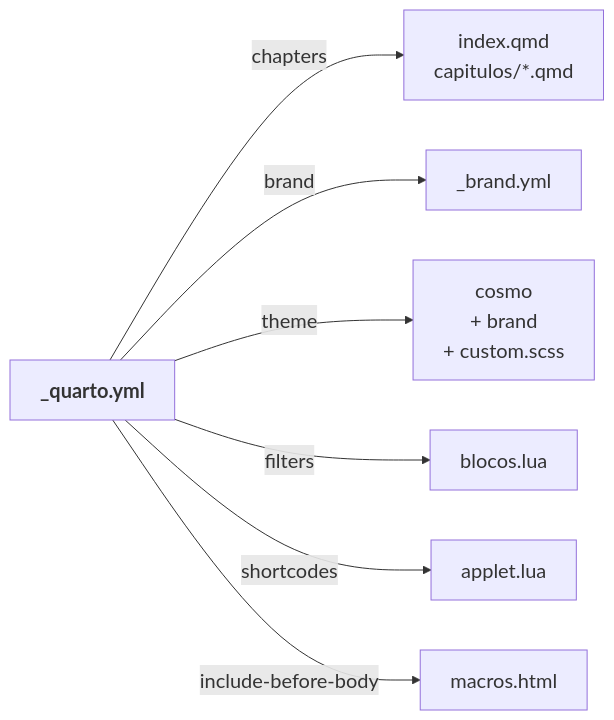
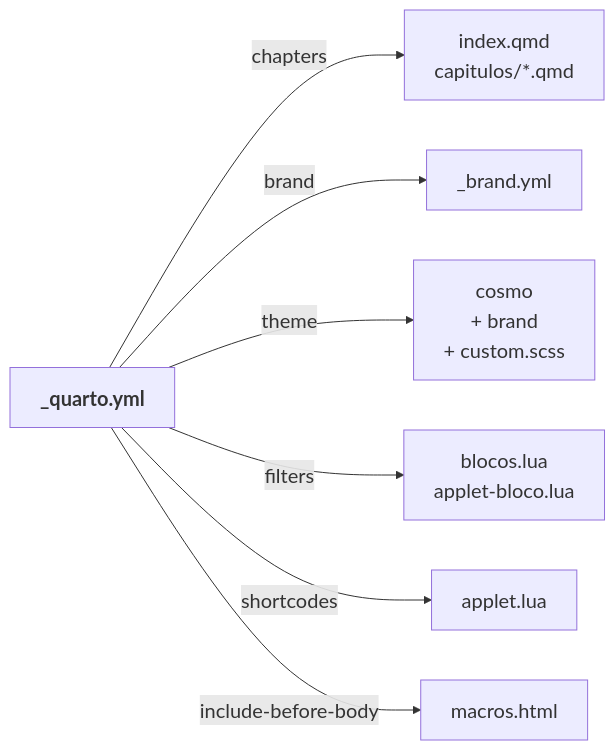
One commit to lcmerlo/livro-online-fcg changed the second of 9 diagrams in _interno/diretrizes/arquitetura.md. Above: the diagram before and after it, drawn with Mermaid. The commit also changed other lines of this file and 17 other files, not shown here.

````diff
--- a/_interno/diretrizes/arquitetura.md
+++ b/_interno/diretrizes/arquitetura.md
@@ -227,11 +235,11 @@
 ```mermaid
 %%{init: {"themeVariables": {"fontSize": "20px"}, "flowchart": {"wrappingWidth": 420}}}%%
 flowchart LR
     quarto["<b>_quarto.yml</b>"]
     quarto -->|"chapters"| caps["index.qmd<br/>capitulos/*.qmd"]
     quarto -->|"brand"| brand["_brand.yml"]
     quarto -->|"theme"| tema["cosmo<br/>+ brand<br/>+ custom.scss"]
-    quarto -->|"filters"| blocos["blocos.lua"]
+    quarto -->|"filters"| blocos["blocos.lua<br/>applet-bloco.lua"]
     quarto -->|"shortcodes"| appletlua["applet.lua"]
     quarto -->|"include-before-body"| macros["macros.html"]
 ```
````
